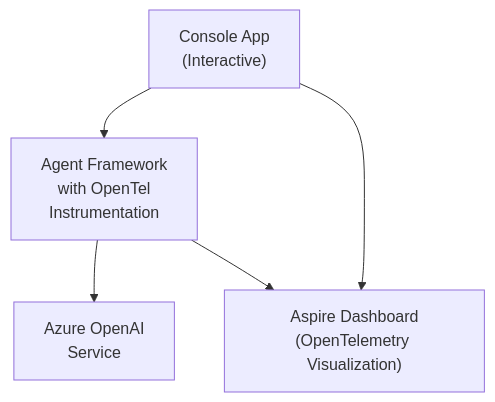
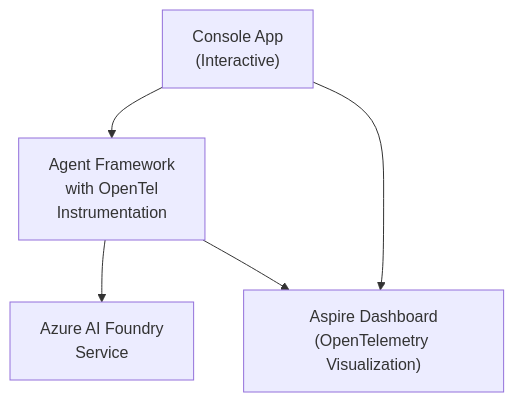
One commit to alliscode/agent-framework changed the diagram in dotnet/samples/02-agents/observability/README.md. Above: the diagram before and after it, drawn with Mermaid. The commit also changed other lines of this file and 151 other files, not shown here.

First line of the commit message:
Migrate .NET samples from AzureOpenAIClient to AIProjectClient (Foundry)

````diff
--- a/dotnet/samples/02-agents/observability/README.md
+++ b/dotnet/samples/02-agents/observability/README.md
@@ -15,7 +15,7 @@
 ```mermaid
 graph TD
     A["Console App<br/>(Interactive)"] --> B["Agent Framework<br/>with OpenTel<br/>Instrumentation"]
-    B --> C["Azure OpenAI<br/>Service"]
+    B --> C["Azure AI Foundry<br/>Service"]
     A --> D["Aspire Dashboard<br/>(OpenTelemetry Visualization)"]
     B --> D
 ```
````
